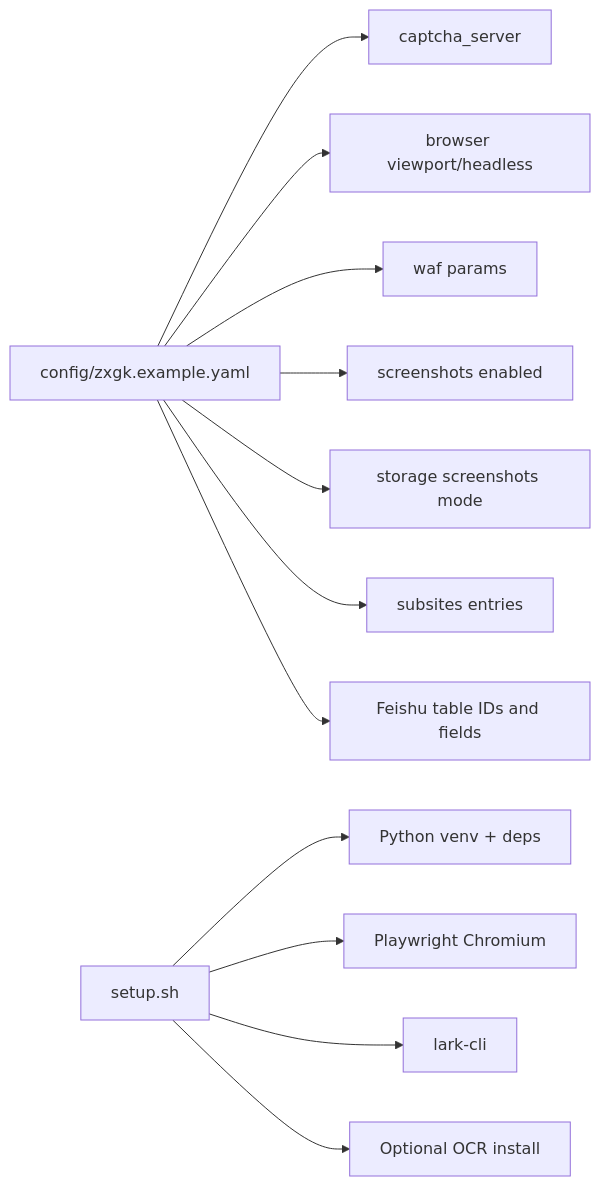
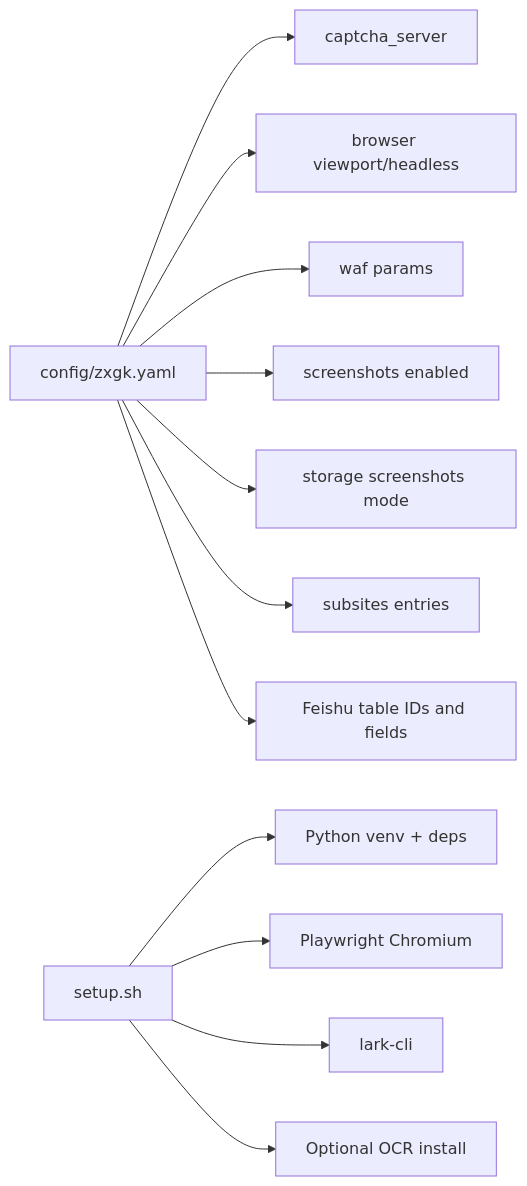
One commit to supotato-ipj/zxgk_auto_query-skill changed the seventh of 8 diagrams in .qoder/repowiki/en/content/System Diagnostics.md. Above: the diagram before and after it, drawn with Mermaid. The commit also changed other lines of this file and 24 other files, not shown here.

````diff
--- a/.qoder/repowiki/en/content/System Diagnostics.md
+++ b/.qoder/repowiki/en/content/System Diagnostics.md
@@ -275,14 +340,14 @@
 ```mermaid
 graph LR
-CFG["config/zxgk.example.yaml"] --> OCR["captcha_server"]
+CFG["config/zxgk.yaml"] --> OCR["captcha_server"]
 CFG --> BrowserCfg["browser viewport/headless"]
 CFG --> WAF["waf params"]
 CFG --> Screenshots["screenshots enabled"]
 CFG --> Storage["storage screenshots mode"]
 CFG --> Subsites["subsites entries"]
 CFG --> Feishu["Feishu table IDs and fields"]
 Setup["setup.sh"] --> Venv["Python venv + deps"]
 Setup --> PW["Playwright Chromium"]
 Setup --> Lark["lark-cli"]
 Setup --> OCRInstall["Optional OCR install"]
 ```
````
